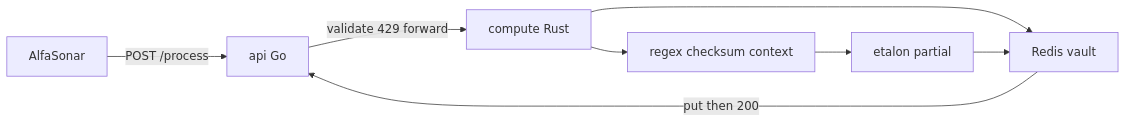
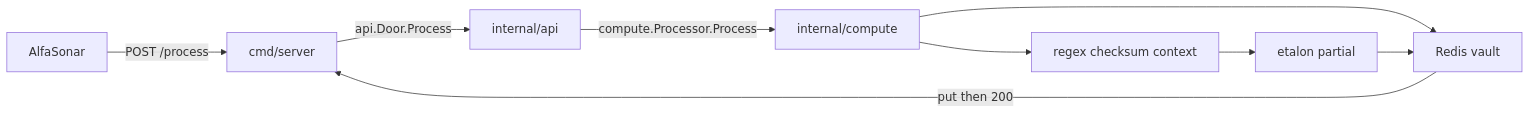
One commit to vladushka2000/balancer changed the diagram in plan.md. Above: the diagram before and after it, drawn with Mermaid. The commit also changed other lines of this file and 82 other files, not shown here.

````diff
--- a/plan.md
+++ b/plan.md
@@ -41,10 +48,11 @@
 ```mermaid
 flowchart LR
-  Checker["AlfaSonar"] -->|"POST /process"| Api["api Go"]
-  Api -->|"validate 429 forward"| Compute["compute Rust"]
+  Checker["AlfaSonar"] -->|"POST /process"| Server["cmd/server"]
+  Server -->|"api.Door.Process"| Api["internal/api"]
+  Api -->|"compute.Processor.Process"| Compute["internal/compute"]
   Compute --> Detect["regex checksum context"]
   Compute --> Store["Redis vault"]
   Detect --> Mask["etalon partial"]
   Mask --> Store
-  Store -->|"put then 200"| Api
+  Store -->|"put then 200"| Server
 ```
````
